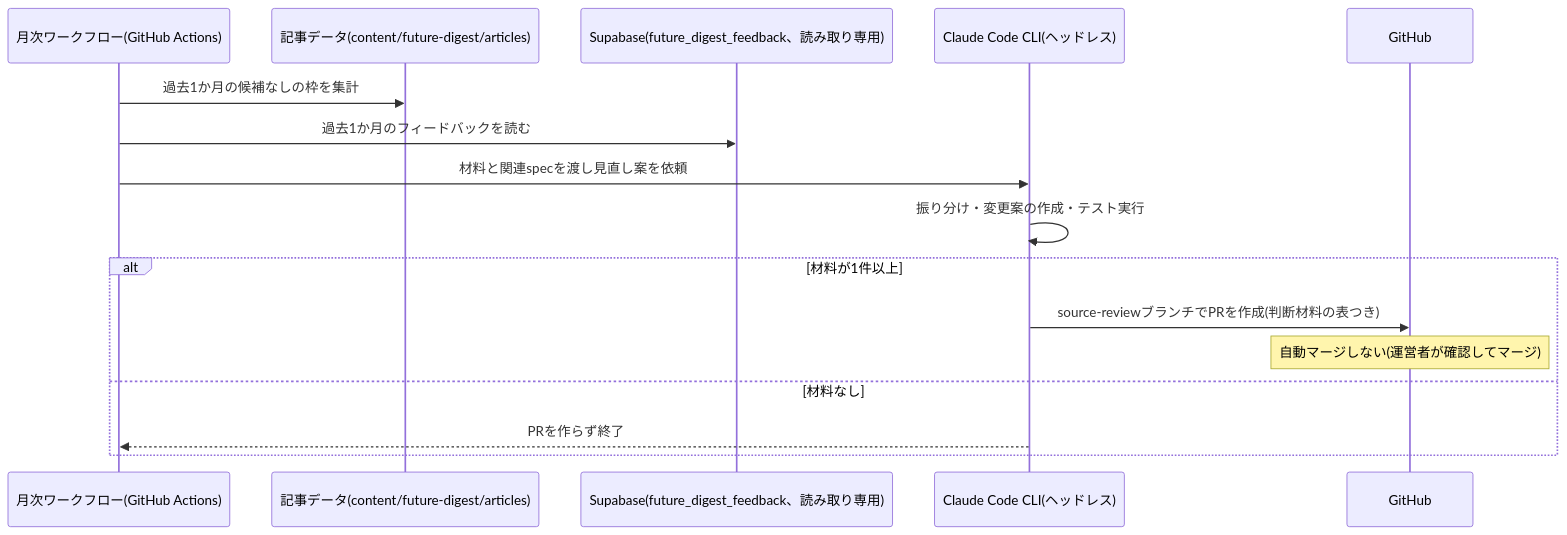
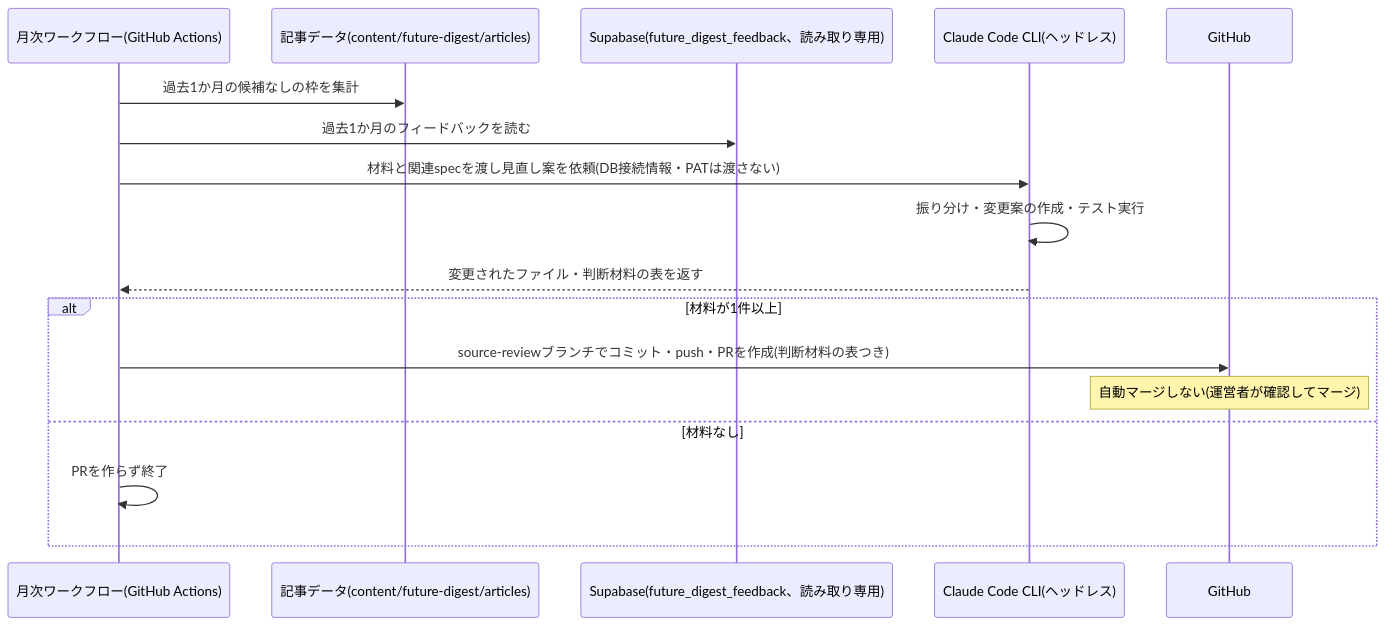
Before and after one commit to zakiyama0108/benriyatool: the diagram in specs/future-digest/source-review/design.md, drawn with Mermaid. The commit also changed other lines of this file and 9 other files, not shown here.

````diff
--- a/specs/future-digest/source-review/design.md
+++ b/specs/future-digest/source-review/design.md
@@ -51,19 +53,20 @@
 ```mermaid
 sequenceDiagram
     participant wf as 月次ワークフロー(GitHub Actions)
     participant articles as 記事データ(content/future-digest/articles)
     participant db as Supabase(future_digest_feedback、読み取り専用)
     participant claude as Claude Code CLI(ヘッドレス)
     participant gh as GitHub
 
     wf ->> articles: 過去1か月の候補なしの枠を集計
     wf ->> db: 過去1か月のフィードバックを読む
-    wf ->> claude: 材料と関連specを渡し見直し案を依頼
+    wf ->> claude: 材料と関連specを渡し見直し案を依頼(DB接続情報・PATは渡さない)
     claude ->> claude: 振り分け・変更案の作成・テスト実行
+    claude -->> wf: 変更されたファイル・判断材料の表を返す
     alt 材料が1件以上
-        claude ->> gh: source-reviewブランチでPRを作成(判断材料の表つき)
+        wf ->> gh: source-reviewブランチでコミット・push・PRを作成(判断材料の表つき)
         Note over gh: 自動マージしない(運営者が確認してマージ)
     else 材料なし
-        claude -->> wf: PRを作らず終了
+        wf ->> wf: PRを作らず終了
     end
 ```
````
